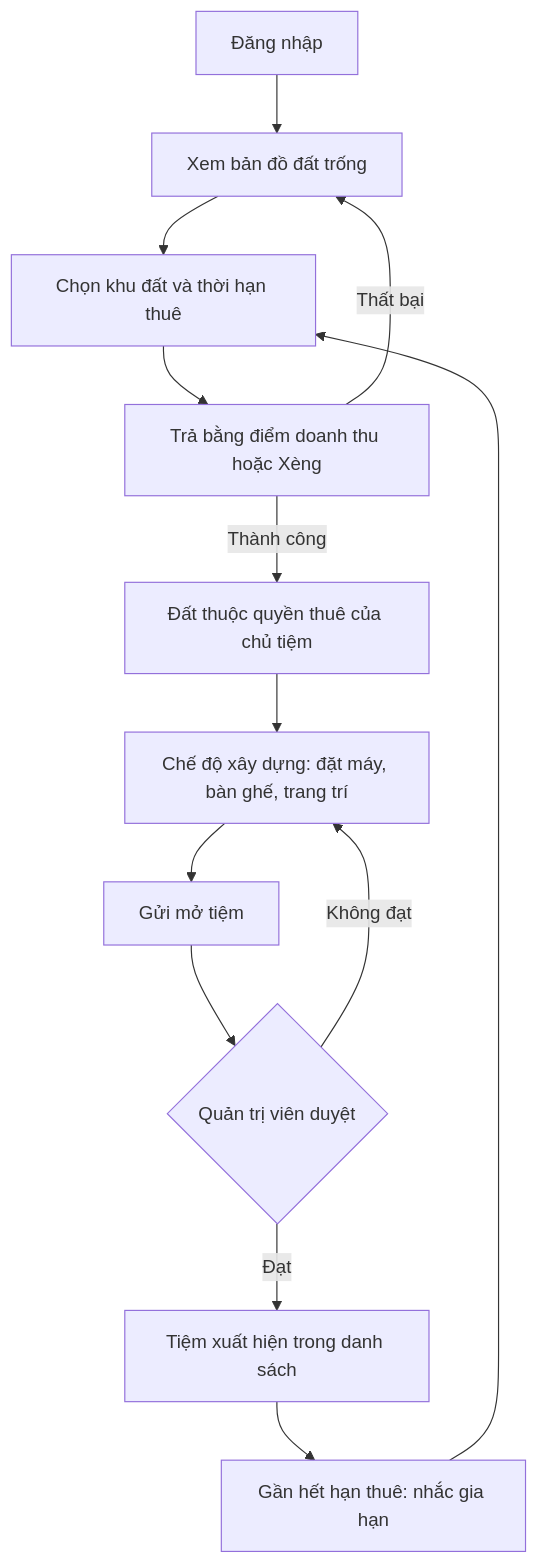
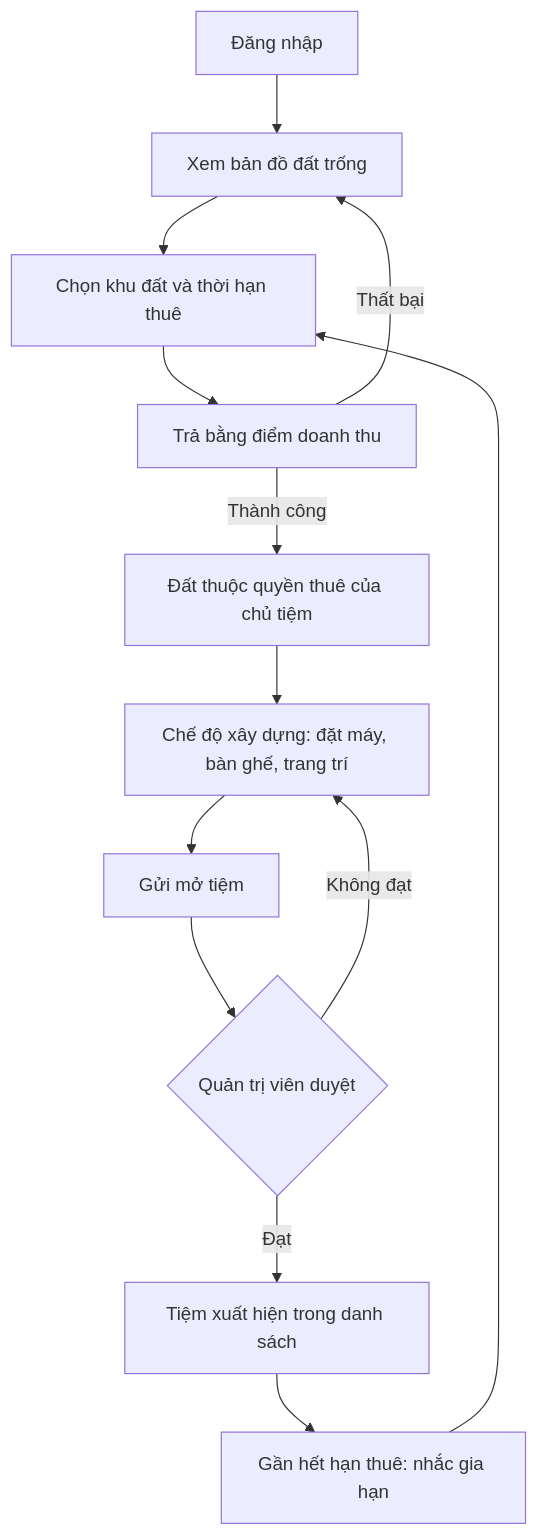
The first of 5 diagrams in docs/wiki/product/business-flows.md (netverse3d/netverse3d), drawn with Mermaid before and after one commit. The commit also changed other lines of this file and 17 other files, not shown here.

Commit message:
docs: align component pages, flows and runbook with the new roadmap

````diff
--- a/docs/wiki/product/business-flows.md
+++ b/docs/wiki/product/business-flows.md
@@ -9,15 +9,15 @@
 ```mermaid
 flowchart TD
   A[Đăng nhập] --> B[Xem bản đồ đất trống]
   B --> C[Chọn khu đất và thời hạn thuê]
-  C --> D[Trả bằng điểm doanh thu hoặc Xèng]
+  C --> D[Trả bằng điểm doanh thu]
   D -->|Thành công| E[Đất thuộc quyền thuê của chủ tiệm]
   D -->|Thất bại| B
   E --> F[Chế độ xây dựng: đặt máy, bàn ghế, trang trí]
   F --> G[Gửi mở tiệm]
   G --> H{Quản trị viên duyệt}
   H -->|Đạt| I[Tiệm xuất hiện trong danh sách]
   H -->|Không đạt| F
   I --> J[Gần hết hạn thuê: nhắc gia hạn]
   J --> C
 ```
````
